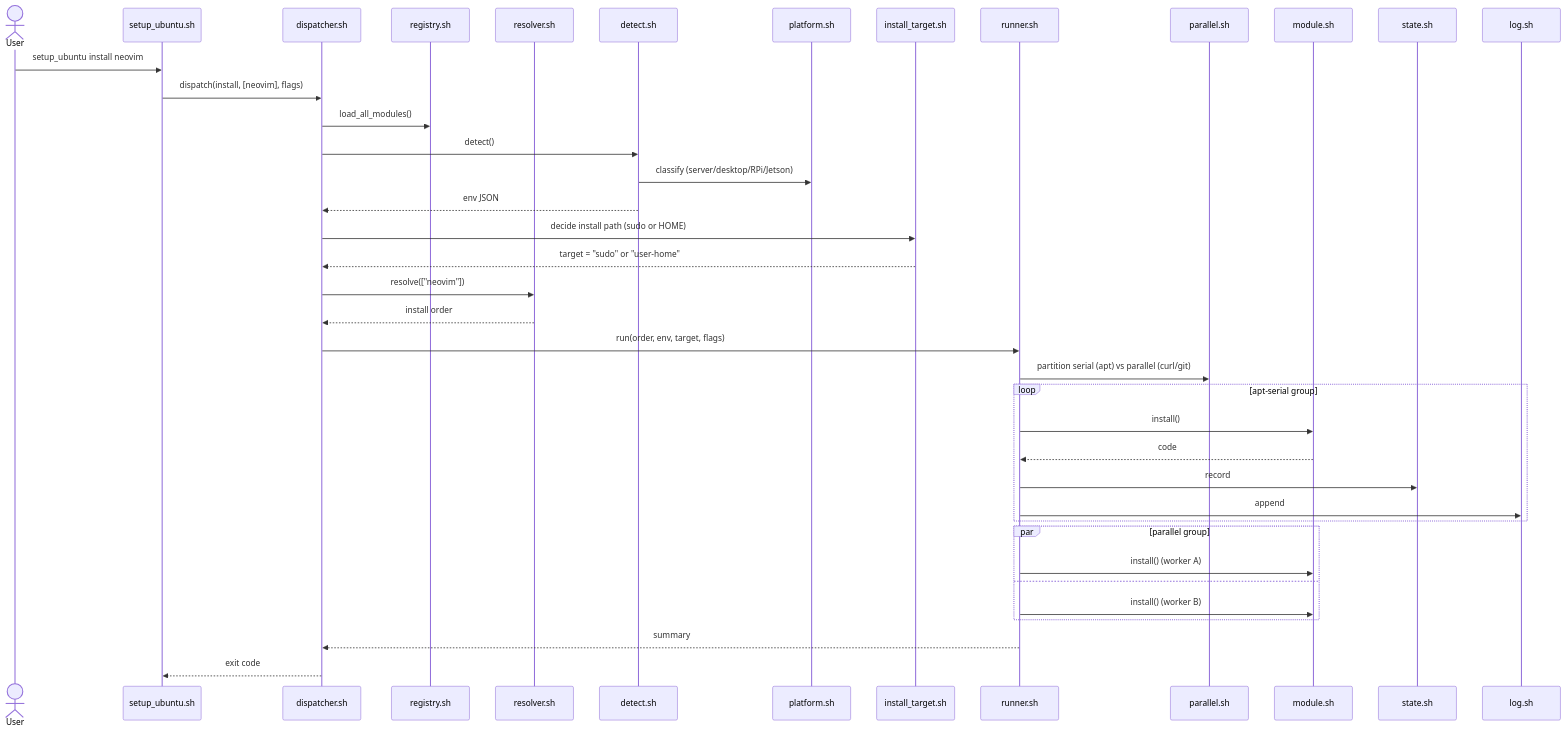
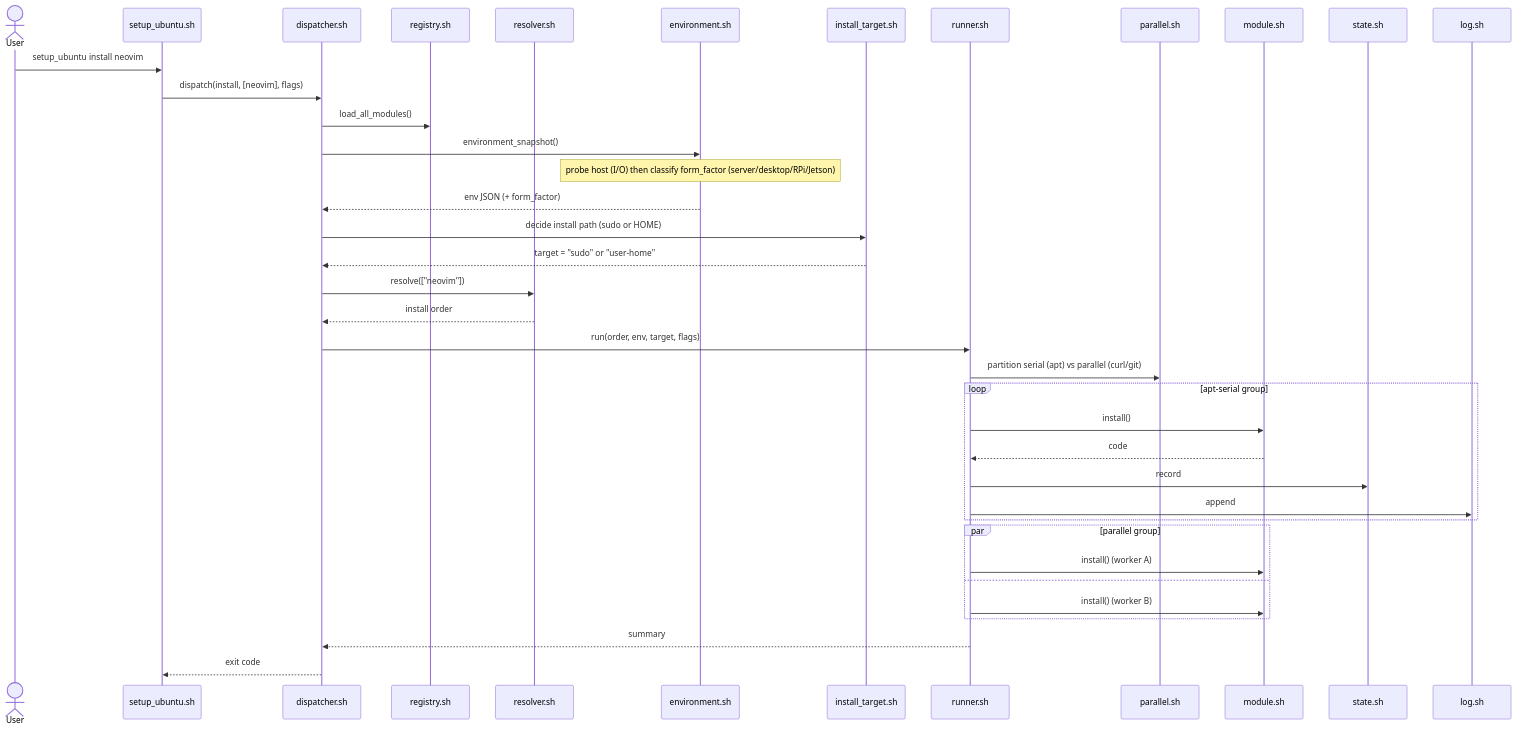
Before and after one commit to ycpss91255/initialization: the second of 7 diagrams in doc/architecture.md, drawn with Mermaid. The commit also changed other lines of this file and 15 other files, not shown here.

First line of the commit message:
refactor(engine): merge detect + platform into one deep Environment module (deepening #5) (#253)

````diff
--- a/doc/architecture.md
+++ b/doc/architecture.md
@@ -231,42 +229,41 @@
 ```mermaid
 sequenceDiagram
     actor User
     participant CLI as setup_ubuntu.sh
     participant DP as dispatcher.sh
     participant RG as registry.sh
     participant RS as resolver.sh
-    participant DT as detect.sh
-    participant PT as platform.sh
+    participant EV as environment.sh
     participant IT as install_target.sh
     participant RN as runner.sh
     participant PR as parallel.sh
     participant MOD as module.sh
     participant ST as state.sh
     participant LOG as log.sh
 
     User->>CLI: setup_ubuntu install neovim
     CLI->>DP: dispatch(install, [neovim], flags)
     DP->>RG: load_all_modules()
-    DP->>DT: detect()
-    DT->>PT: classify (server/desktop/RPi/Jetson)
-    DT-->>DP: env JSON
+    DP->>EV: environment_snapshot()
+    Note over EV: probe host (I/O) then classify form_factor (server/desktop/RPi/Jetson)
+    EV-->>DP: env JSON (+ form_factor)
     DP->>IT: decide install path (sudo or HOME)
     IT-->>DP: target = "sudo" or "user-home"
     DP->>RS: resolve(["neovim"])
     RS-->>DP: install order
     DP->>RN: run(order, env, target, flags)
     RN->>PR: partition serial (apt) vs parallel (curl/git)
     loop apt-serial group
         RN->>MOD: install()
         MOD-->>RN: code
         RN->>ST: record
         RN->>LOG: append
     end
     par parallel group
         RN->>MOD: install() (worker A)
     and
         RN->>MOD: install() (worker B)
     end
     RN-->>DP: summary
     DP-->>CLI: exit code
 ```
````
